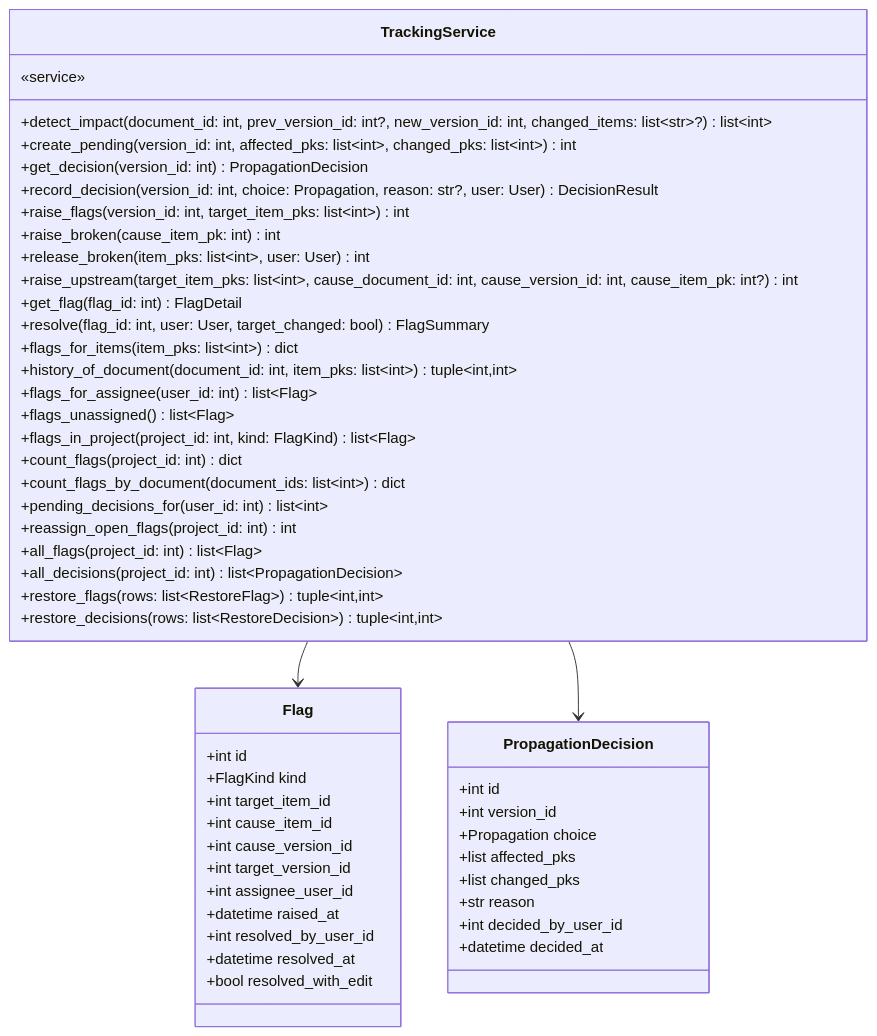
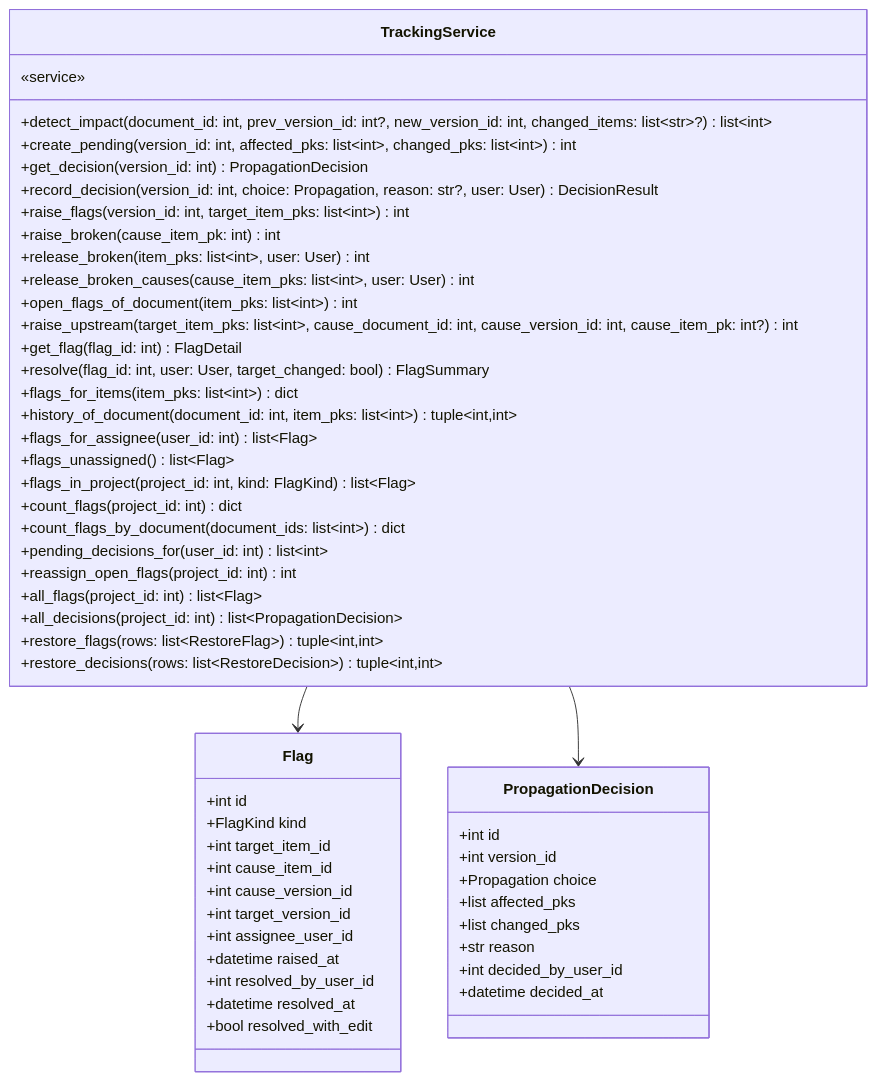
Diagram 19 of 21 in docs/specs/06-DOM/SYNC-DOM-002.md (HoyoungParkme/syncdoc), drawn with Mermaid before and after one commit. The commit also changed other lines of this file and 37 other files, not shown here.

````diff
--- a/docs/specs/06-DOM/SYNC-DOM-002.md
+++ b/docs/specs/06-DOM/SYNC-DOM-002.md
@@ -779,54 +786,56 @@
 ```mermaid
 classDiagram
     class TrackingService {
         «service»
         +detect_impact(document_id: int, prev_version_id: int?, new_version_id: int, changed_items: list~str~?) list~int~
         +create_pending(version_id: int, affected_pks: list~int~, changed_pks: list~int~) int
         +get_decision(version_id: int) PropagationDecision
         +record_decision(version_id: int, choice: Propagation, reason: str?, user: User) DecisionResult
         +raise_flags(version_id: int, target_item_pks: list~int~) int
         +raise_broken(cause_item_pk: int) int
         +release_broken(item_pks: list~int~, user: User) int
+        +release_broken_causes(cause_item_pks: list~int~, user: User) int
+        +open_flags_of_document(item_pks: list~int~) int
         +raise_upstream(target_item_pks: list~int~, cause_document_id: int, cause_version_id: int, cause_item_pk: int?) int
         +get_flag(flag_id: int) FlagDetail
         +resolve(flag_id: int, user: User, target_changed: bool) FlagSummary
         +flags_for_items(item_pks: list~int~) dict
         +history_of_document(document_id: int, item_pks: list~int~) tuple~int,int~
         +flags_for_assignee(user_id: int) list~Flag~
         +flags_unassigned() list~Flag~
         +flags_in_project(project_id: int, kind: FlagKind) list~Flag~
         +count_flags(project_id: int) dict
         +count_flags_by_document(document_ids: list~int~) dict
         +pending_decisions_for(user_id: int) list~int~
         +reassign_open_flags(project_id: int) int
         +all_flags(project_id: int) list~Flag~
         +all_decisions(project_id: int) list~PropagationDecision~
         +restore_flags(rows: list~RestoreFlag~) tuple~int,int~
         +restore_decisions(rows: list~RestoreDecision~) tuple~int,int~
     }
     class Flag {
         +int id
         +FlagKind kind
         +int target_item_id
         +int cause_item_id
         +int cause_version_id
         +int target_version_id
         +int assignee_user_id
         +datetime raised_at
         +int resolved_by_user_id
         +datetime resolved_at
         +bool resolved_with_edit
     }
     class PropagationDecision {
         +int id
         +int version_id
         +Propagation choice
         +list affected_pks
         +list changed_pks
         +str reason
         +int decided_by_user_id
         +datetime decided_at
     }
     TrackingService --> Flag
     TrackingService --> PropagationDecision
 ```
````
